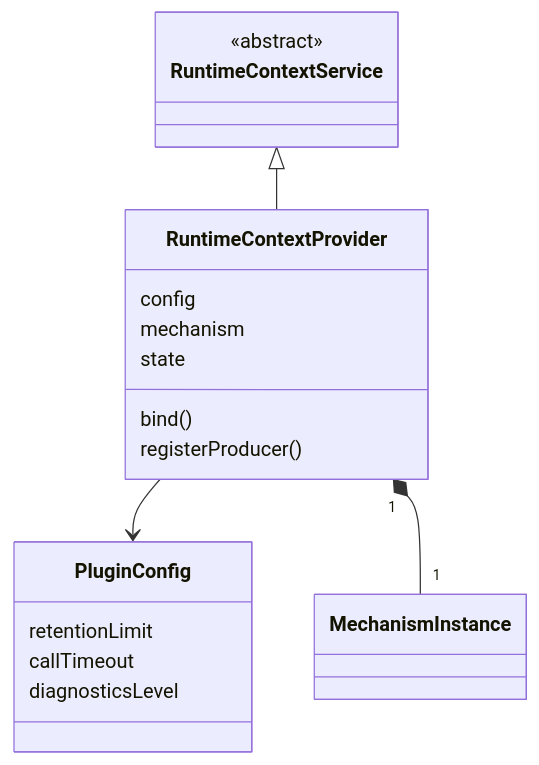
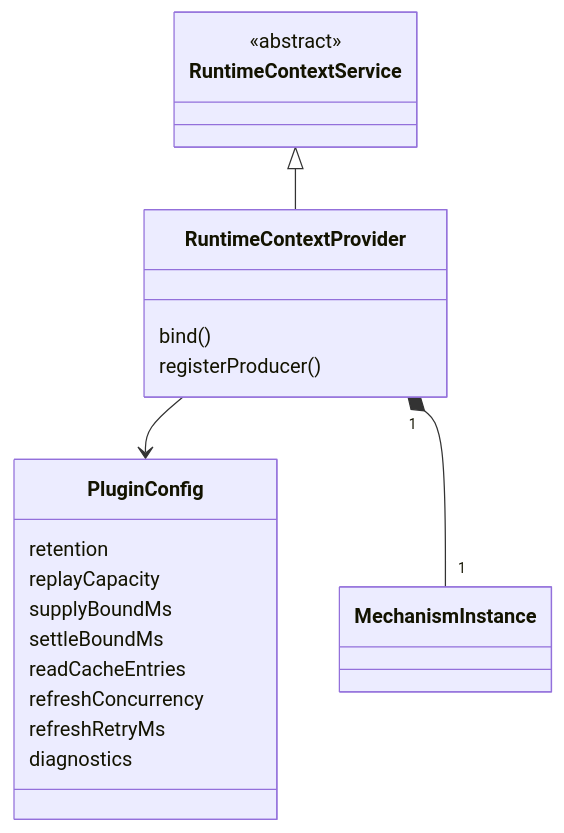
Before and after one commit to nemori-ai/omne-harness-lite: the diagram in packages/context/runtime-context-cordis/docs/object-model.md, drawn with Mermaid. The commit also changed other lines of this file and 26 other files, not shown here.

````diff
--- a/packages/context/runtime-context-cordis/docs/object-model.md
+++ b/packages/context/runtime-context-cordis/docs/object-model.md
@@ -14,22 +14,24 @@
 ```mermaid
 classDiagram
   class RuntimeContextService {
     <<abstract>>
   }
   class RuntimeContextProvider {
-    config
-    mechanism
-    state
     bind()
     registerProducer()
   }
   class PluginConfig {
-    retentionLimit
-    callTimeout
-    diagnosticsLevel
+    retention
+    replayCapacity
+    supplyBoundMs
+    settleBoundMs
+    readCacheEntries
+    refreshConcurrency
+    refreshRetryMs
+    diagnostics
   }
   class MechanismInstance
   RuntimeContextService <|-- RuntimeContextProvider
   RuntimeContextProvider --> PluginConfig
   RuntimeContextProvider "1" *-- "1" MechanismInstance
 ```
````
